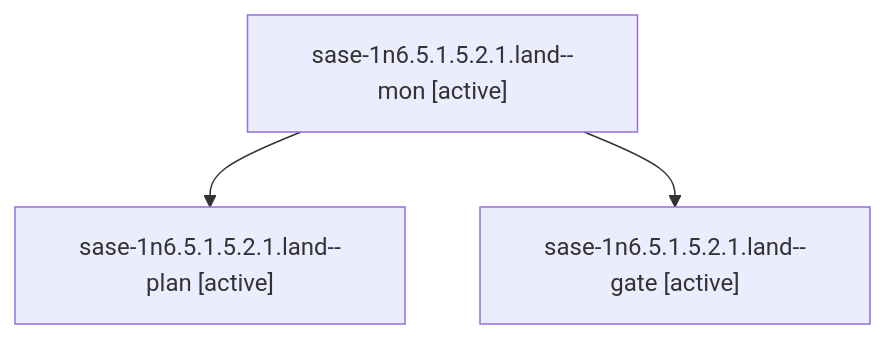
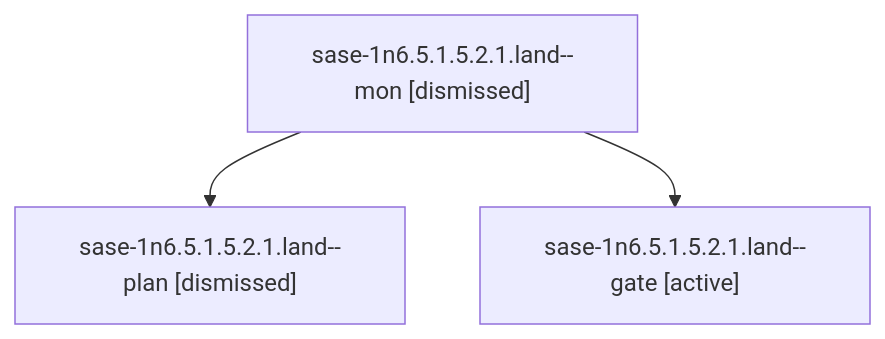
The diagram in sessions/bbugyi200.athena.sase-1n6.5.1.5.2.1.land.md (sase-org/sase--agents), drawn with Mermaid before and after one commit. The commit also changed other lines of this file and 247 other files, not shown here.

````diff
--- a/sessions/bbugyi200.athena.sase-1n6.5.1.5.2.1.land.md
+++ b/sessions/bbugyi200.athena.sase-1n6.5.1.5.2.1.land.md
@@ -9,8 +9,8 @@
 ```mermaid
 flowchart TD
-  n0["sase-1n6.5.1.5.2.1.land--mon [active]"]
-  n1["sase-1n6.5.1.5.2.1.land--plan [active]"]
+  n0["sase-1n6.5.1.5.2.1.land--mon [dismissed]"]
+  n1["sase-1n6.5.1.5.2.1.land--plan [dismissed]"]
   n0 --> n1
   n2["sase-1n6.5.1.5.2.1.land--gate [active]"]
   n0 --> n2
 ```
````
